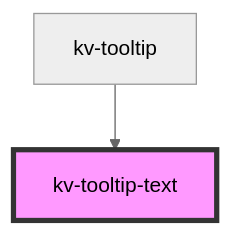
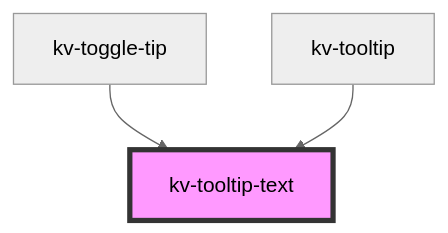
Before and after one commit to kelvininc/ui-components: the diagram in packages/ui-components/src/components/tooltip-text/readme.md, drawn with Mermaid (neutral theme). The commit also changed other lines of this file and 72 other files, not shown here.

First line of the commit message:
refactor(toggle-tip, dropdown)!: use portal to show floating content

````diff
--- a/packages/ui-components/src/components/tooltip-text/readme.md
+++ b/packages/ui-components/src/components/tooltip-text/readme.md
@@ -61,5 +64,6 @@
 ```mermaid
 graph TD;
+  kv-toggle-tip --> kv-tooltip-text
   kv-tooltip --> kv-tooltip-text
   style kv-tooltip-text fill:#f9f,stroke:#333,stroke-width:4px
 ```
````
